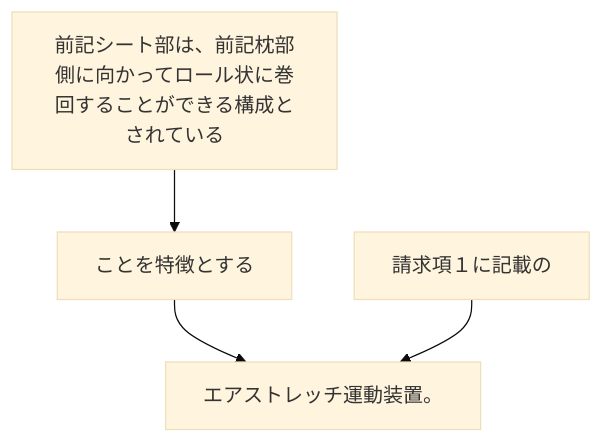
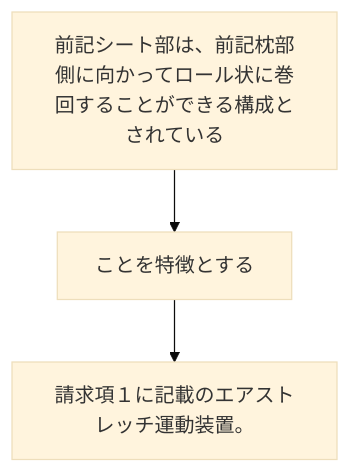
The diagram in 2024/JP2024021337A/claim_16/README.md (shinmori55/patent_analyzed), drawn with Mermaid (base theme) before and after one commit. The commit also changed 336 other files, not shown here.

````diff
--- a/2024/JP2024021337A/claim_16/README.md
+++ b/2024/JP2024021337A/claim_16/README.md
@@ -2,10 +2,8 @@
 ```mermaid
 flowchart TD
 A[前記シート部は、前記枕部側に向かってロール状に巻回することができる構成とされている]
 B[ことを特徴とする]
-C[請求項１に記載の]
-D[エアストレッチ運動装置。]
+C[請求項１に記載のエアストレッチ運動装置。]
 A --> B
-B --> D
-C --> D
+B --> C
 ```
````
